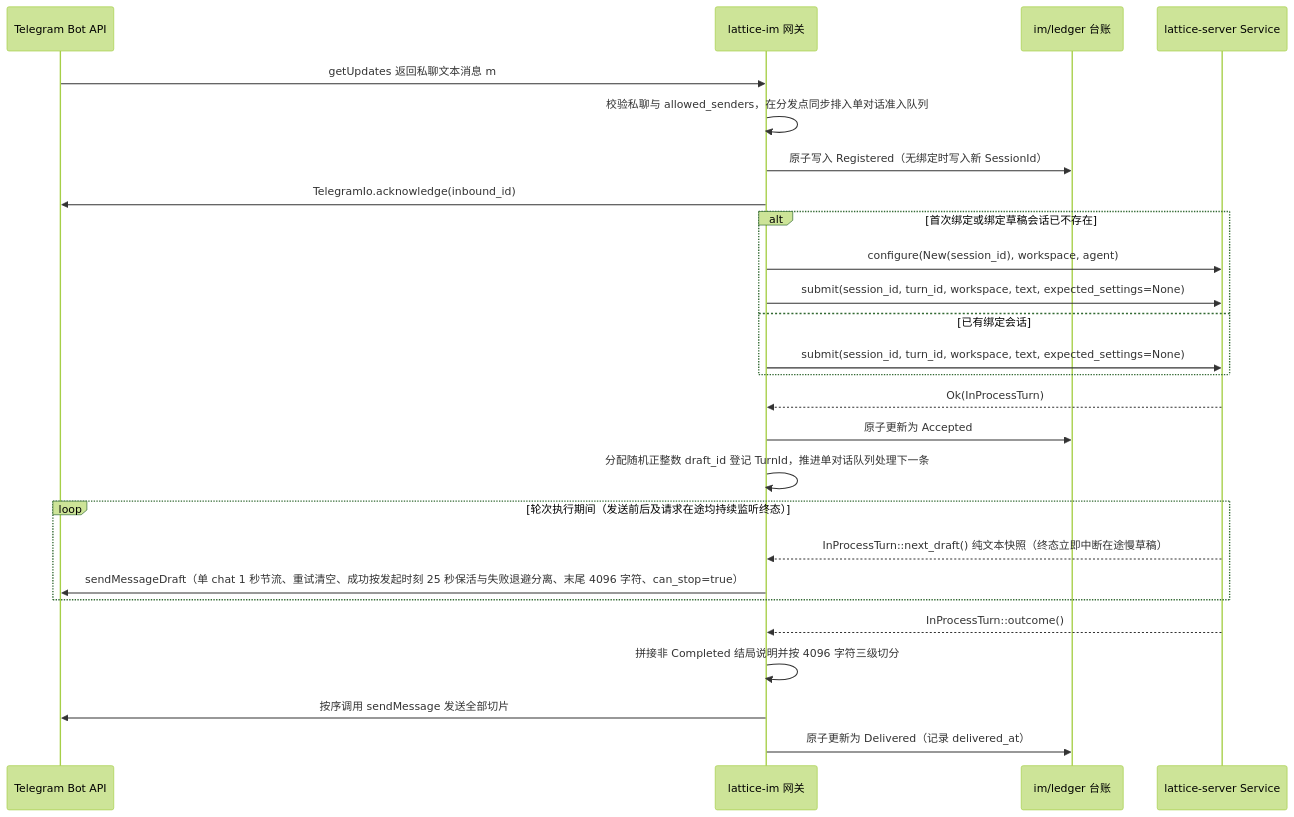
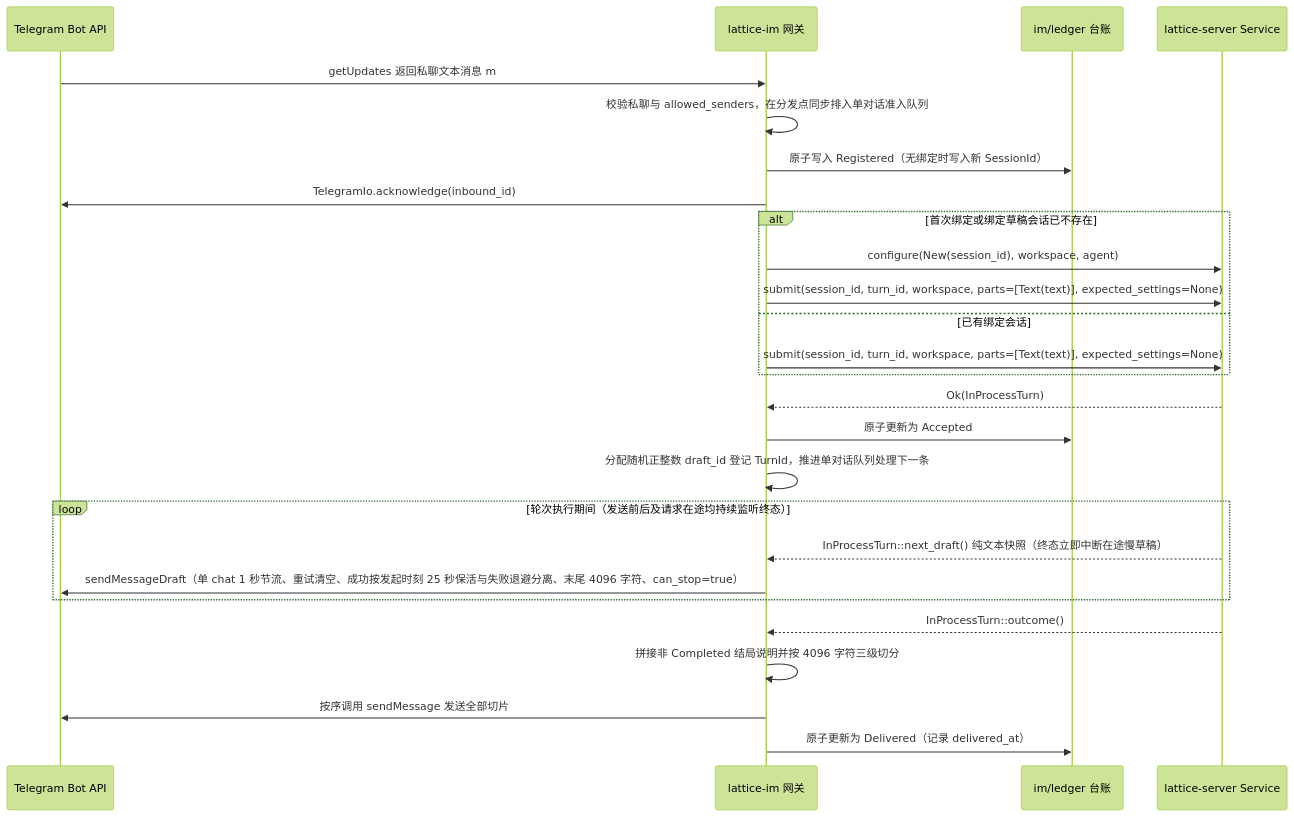
Before and after one commit to Skyline10124/lattice: the first of 2 diagrams in docs/architecture/im.md, drawn with Mermaid (forest theme). The commit also changed 43 other files, not shown here.

First line of the commit message:
feat!: 用户图片输入切片 3：IPC 保序图文提交、CLI --image 与端到端验证 (#425)

````diff
--- a/docs/architecture/im.md
+++ b/docs/architecture/im.md
@@ -113,29 +113,29 @@
 ```mermaid
 sequenceDiagram
     participant TG as Telegram Bot API
     participant IM as lattice-im 网关
     participant LG as im/ledger 台账
     participant SV as lattice-server Service
 
     TG->>IM: getUpdates 返回私聊文本消息 m
     IM->>IM: 校验私聊与 allowed_senders，在分发点同步排入单对话准入队列
     IM->>LG: 原子写入 Registered（无绑定时写入新 SessionId）
     IM->>TG: TelegramIo.acknowledge(inbound_id)
     alt 首次绑定或绑定草稿会话已不存在
         IM->>SV: configure(New(session_id), workspace, agent)
-        IM->>SV: submit(session_id, turn_id, workspace, text, expected_settings=None)
+        IM->>SV: submit(session_id, turn_id, workspace, parts=[Text(text)], expected_settings=None)
     else 已有绑定会话
-        IM->>SV: submit(session_id, turn_id, workspace, text, expected_settings=None)
+        IM->>SV: submit(session_id, turn_id, workspace, parts=[Text(text)], expected_settings=None)
     end
     SV-->>IM: Ok(InProcessTurn)
     IM->>LG: 原子更新为 Accepted
     IM->>IM: 分配随机正整数 draft_id 登记 TurnId，推进单对话队列处理下一条
     loop 轮次执行期间（发送前后及请求在途均持续监听终态）
         SV-->>IM: InProcessTurn::next_draft() 纯文本快照（终态立即中断在途慢草稿）
         IM->>TG: sendMessageDraft（单 chat 1 秒节流、重试清空、成功按发起时刻 25 秒保活与失败退避分离、末尾 4096 字符、can_stop=true）
     end
     SV-->>IM: InProcessTurn::outcome()
     IM->>IM: 拼接非 Completed 结局说明并按 4096 字符三级切分
     IM->>TG: 按序调用 sendMessage 发送全部切片
     IM->>LG: 原子更新为 Delivered（记录 delivered_at）
 ```
````
